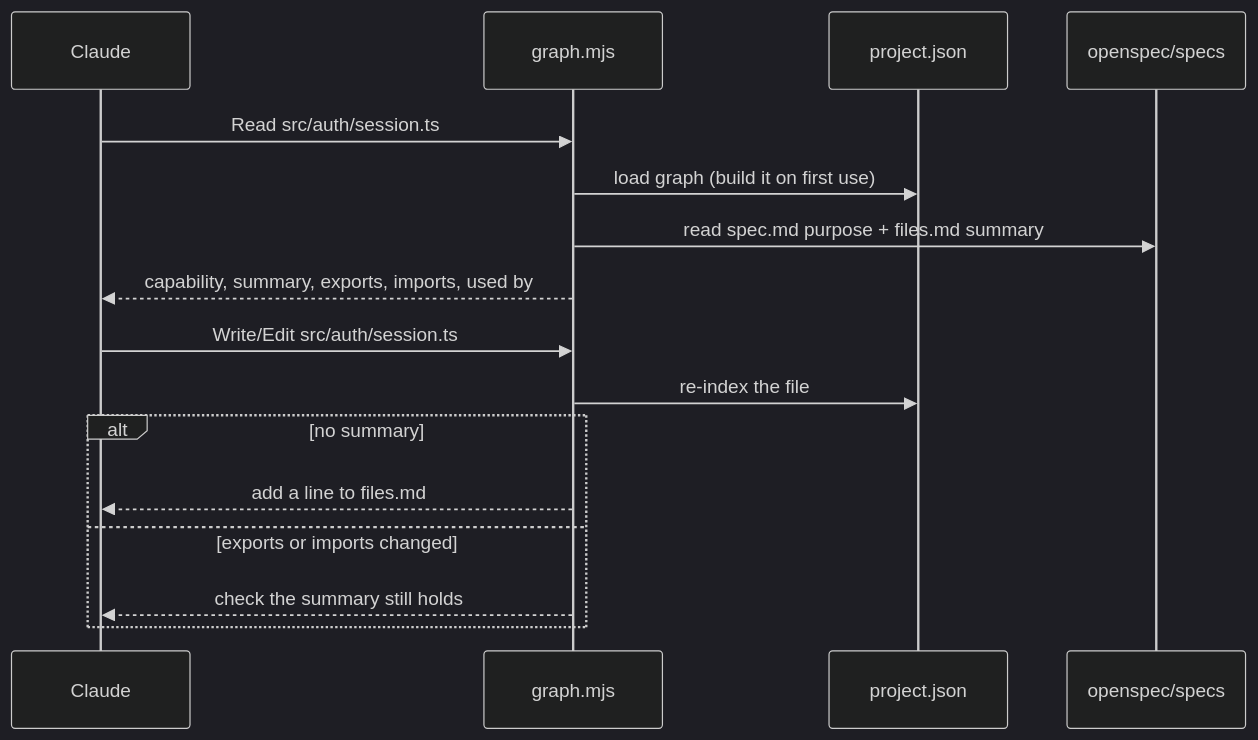
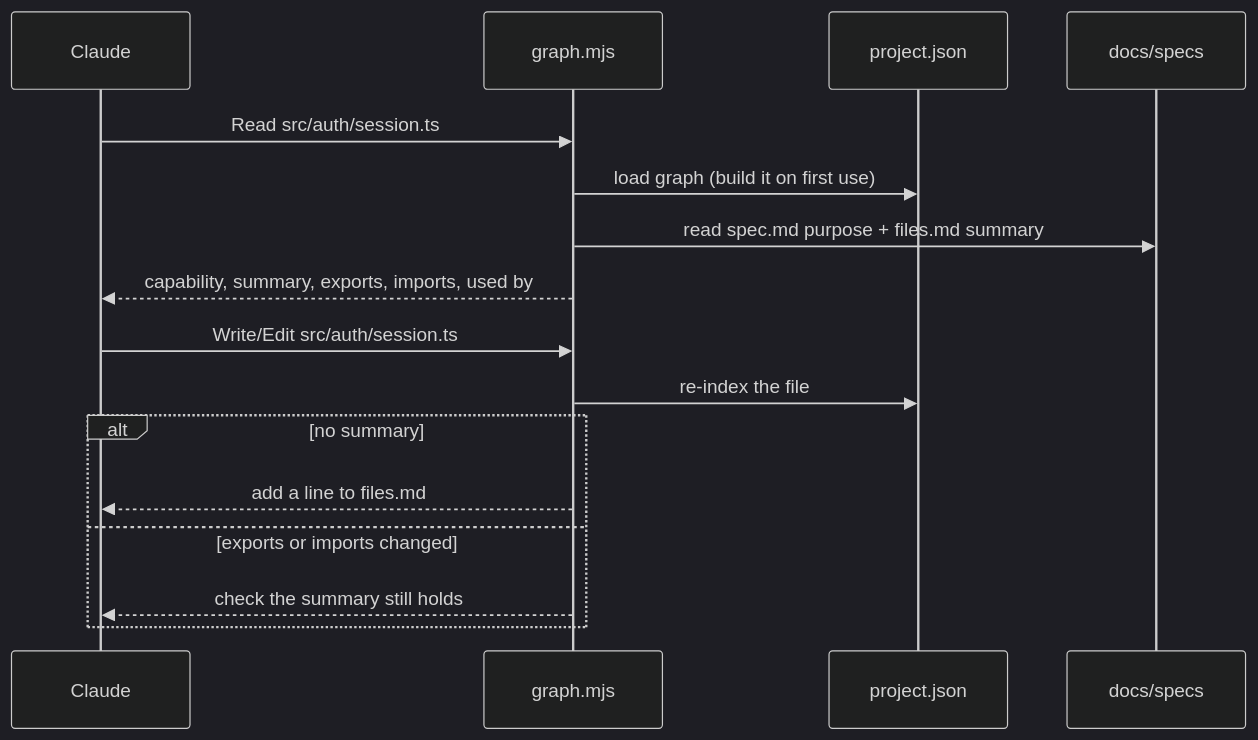
One commit to alouani-youssef/stones changed the first of 2 diagrams in graph/README.md. Above: the diagram before and after it, drawn with Mermaid (dark theme). The commit also changed other lines of this file and 43 other files, not shown here.

````diff
--- a/graph/README.md
+++ b/graph/README.md
@@ -19,20 +19,20 @@
 ```mermaid
 sequenceDiagram
     participant C as Claude
     participant H as graph.mjs
     participant G as project.json
-    participant S as openspec/specs
+    participant S as docs/specs
 
     C->>H: Read src/auth/session.ts
     H->>G: load graph (build it on first use)
     H->>S: read spec.md purpose + files.md summary
     H-->>C: capability, summary, exports, imports, used by
 
     C->>H: Write/Edit src/auth/session.ts
     H->>G: re-index the file
     alt no summary
         H-->>C: add a line to files.md
     else exports or imports changed
         H-->>C: check the summary still holds
     end
 ```
````
